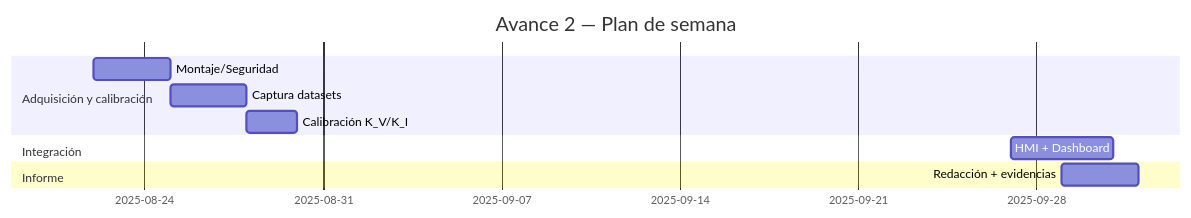
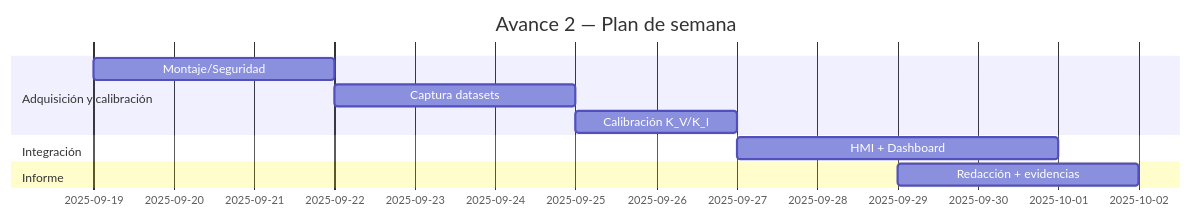
The second of 2 diagrams in Corte2.md (JuanDLemus/Agrar-Smart-Greenhouse), drawn with Mermaid before and after one commit. The commit also changed other lines of this file, not shown here.

````diff
--- a/Corte2.md
+++ b/Corte2.md
@@ -268,13 +268,13 @@
 ```mermaid
 gantt
   dateFormat  YYYY-MM-DD
   title Avance 2 — Plan de semana
   section Adquisición y calibración
-  Montaje/Seguridad    :a1, 2025-08-22, 3d
+  Montaje/Seguridad    :a1, 2025-09-19, 3d
   Captura datasets     :a2, after a1, 3d
   Calibración K_V/K_I  :a3, after a2, 2d
   section Integración
   HMI + Dashboard      :b1, 2025-09-27, 4d
   section Informe
   Redacción + evidencias:b2, 2025-09-29, 3d
 ```
````
